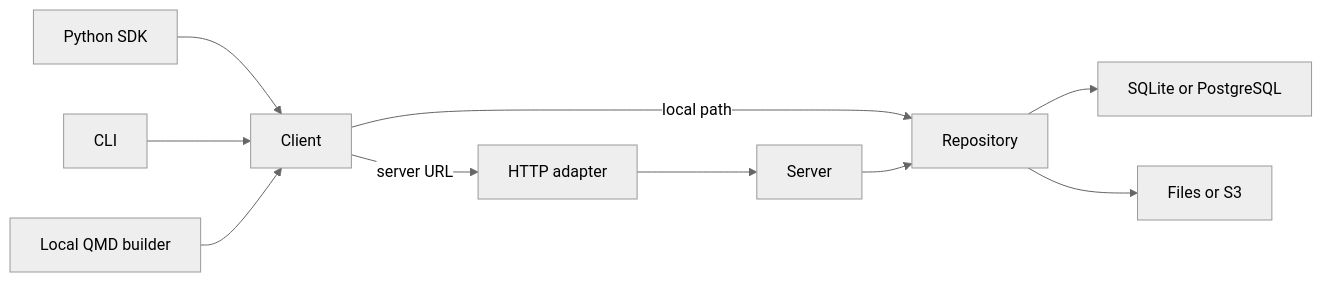
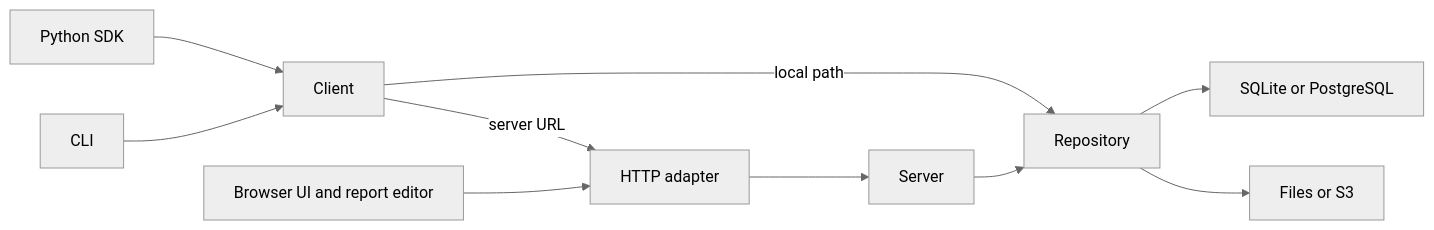
The diagram in docs/architecture.md (DoeringChristian/cairn2), drawn with Mermaid (neutral theme) before and after one commit. The commit also changed other lines of this file and 109 other files, not shown here.

````diff
--- a/docs/architecture.md
+++ b/docs/architecture.md
@@ -7,12 +8,12 @@
 ```mermaid
 flowchart LR
     Python[Python SDK] --> Client
     CLI --> Client
-    Reports[Local QMD builder] --> Client
+    UI[Browser UI and report editor] --> HTTP
     Client -->|local path| Repository
     Client -->|server URL| HTTP[HTTP adapter]
     HTTP --> Server
     Server --> Repository
     Repository --> SQL[SQLite or PostgreSQL]
     Repository --> Blobs[Files or S3]
 ```
````
